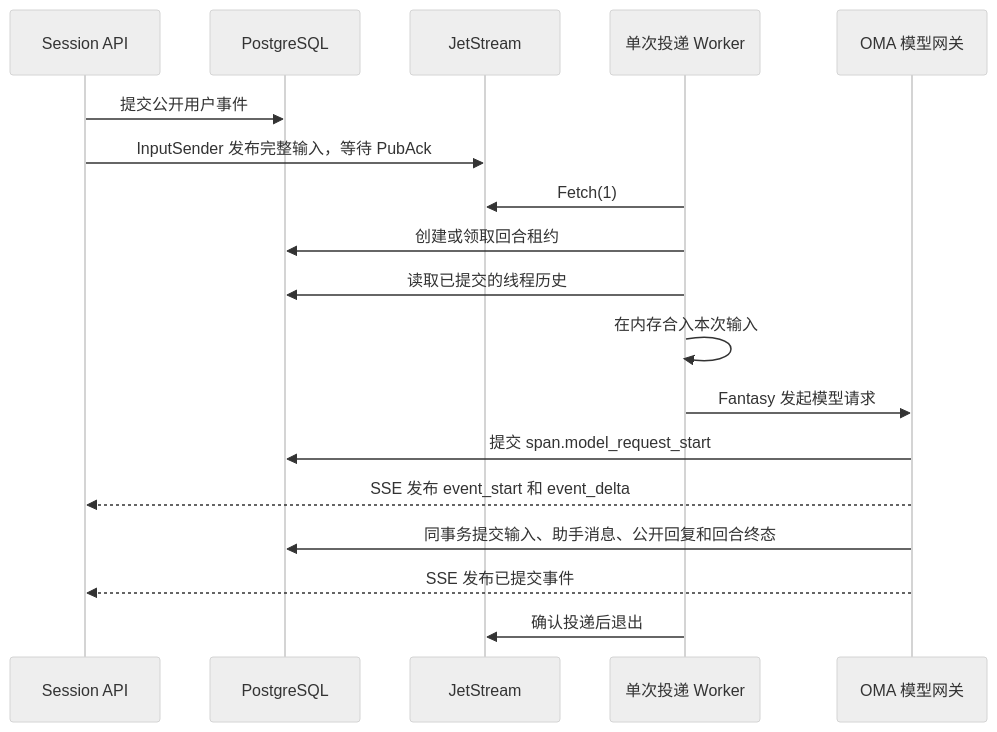
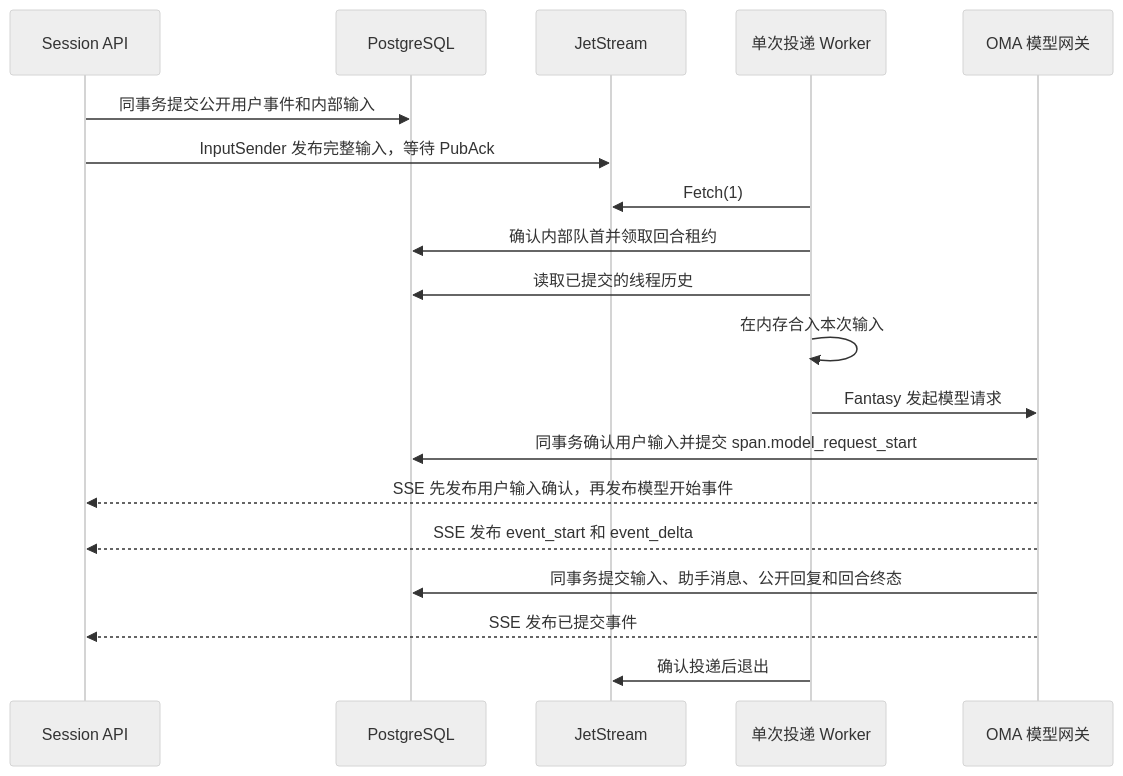
Before and after one commit to superduck-ai/open-managed-agents: the first of 2 diagrams in docs/design/be/cloud-harness-worker.md, drawn with Mermaid (neutral theme). The commit also changed other lines of this file and 24 other files, not shown here.

````diff
--- a/docs/design/be/cloud-harness-worker.md
+++ b/docs/design/be/cloud-harness-worker.md
@@ -7,20 +7,21 @@
 ```mermaid
 sequenceDiagram
     participant C as Session API
     participant D as PostgreSQL
     participant N as JetStream
     participant W as 单次投递 Worker
     participant M as OMA 模型网关
-    C->>D: 提交公开用户事件
+    C->>D: 同事务提交公开用户事件和内部输入
     C->>N: InputSender 发布完整输入，等待 PubAck
     W->>N: Fetch(1)
-    W->>D: 创建或领取回合租约
+    W->>D: 确认内部队首并领取回合租约
     W->>D: 读取已提交的线程历史
     W->>W: 在内存合入本次输入
     W->>M: Fantasy 发起模型请求
-    M->>D: 提交 span.model_request_start
+    M->>D: 同事务确认用户输入并提交 span.model_request_start
+    M-->>C: SSE 先发布用户输入确认，再发布模型开始事件
     M-->>C: SSE 发布 event_start 和 event_delta
     M->>D: 同事务提交输入、助手消息、公开回复和回合终态
     M-->>C: SSE 发布已提交事件
     W->>N: 确认投递后退出
 ```
````
